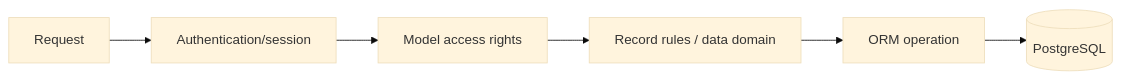
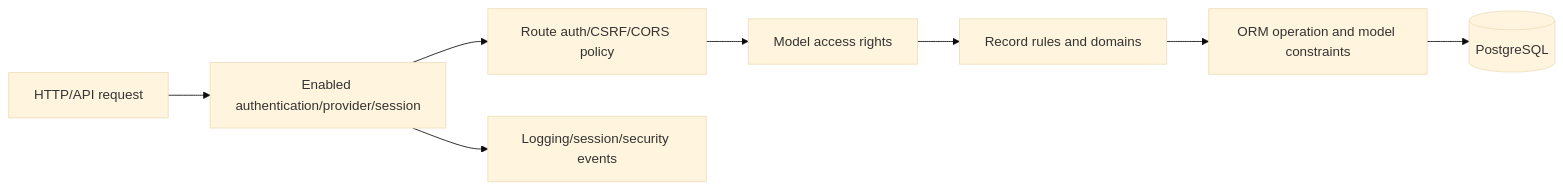
One commit to DrRoot001/odoo changed the diagram in ERP_SYSTEM_DOCUMENTATION/08_SECURITY/Security_Architecture.md. Above: the diagram before and after it, drawn with Mermaid (base theme). The commit also changed other lines of this file and 12 other files, not shown here.

````diff
--- a/ERP_SYSTEM_DOCUMENTATION/08_SECURITY/Security_Architecture.md
+++ b/ERP_SYSTEM_DOCUMENTATION/08_SECURITY/Security_Architecture.md
@@ -5,8 +15,10 @@
 ```mermaid
 flowchart LR
-  REQ[Request] --> AUTH[Authentication/session]
-  AUTH --> ACL[Model access rights]
-  ACL --> RULE[Record rules / data domain]
-  RULE --> ORM[ORM operation]
+  REQ[HTTP/API request] --> AUTH[Enabled authentication/provider/session]
+  AUTH --> ROUTE[Route auth/CSRF/CORS policy]
+  ROUTE --> ACL[Model access rights]
+  ACL --> RULE[Record rules and domains]
+  RULE --> ORM[ORM operation and model constraints]
   ORM --> DB[(PostgreSQL)]
+  AUTH --> AUDIT[Logging/session/security events]
 ```
````
